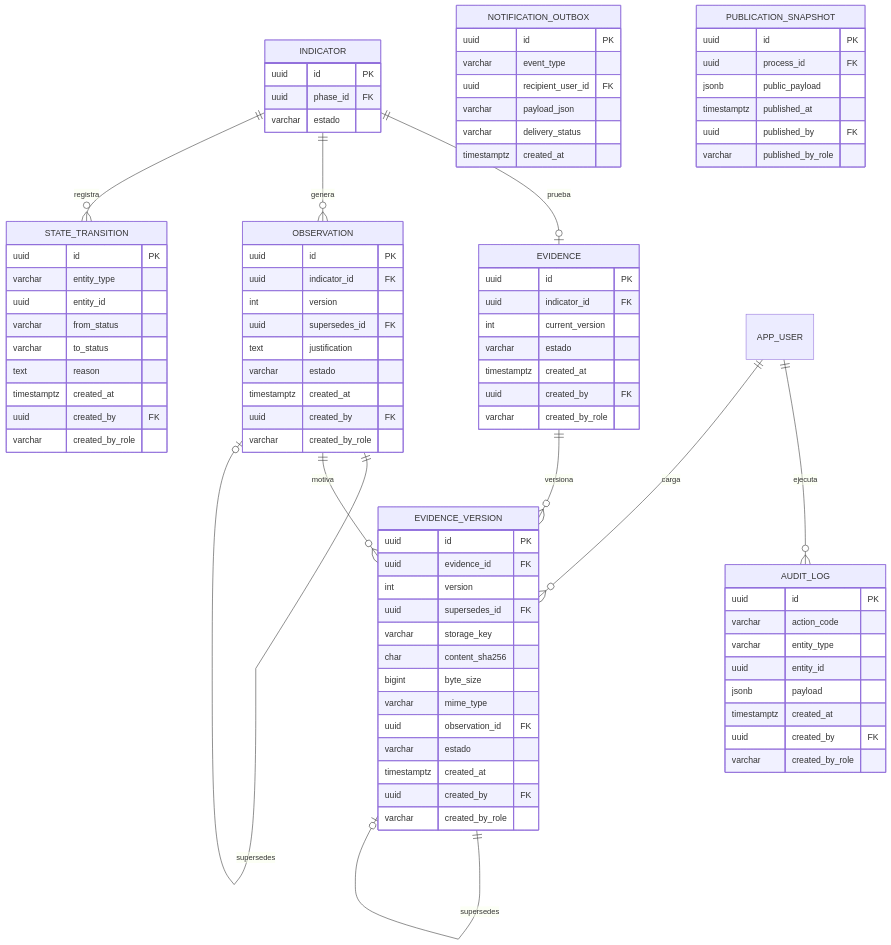
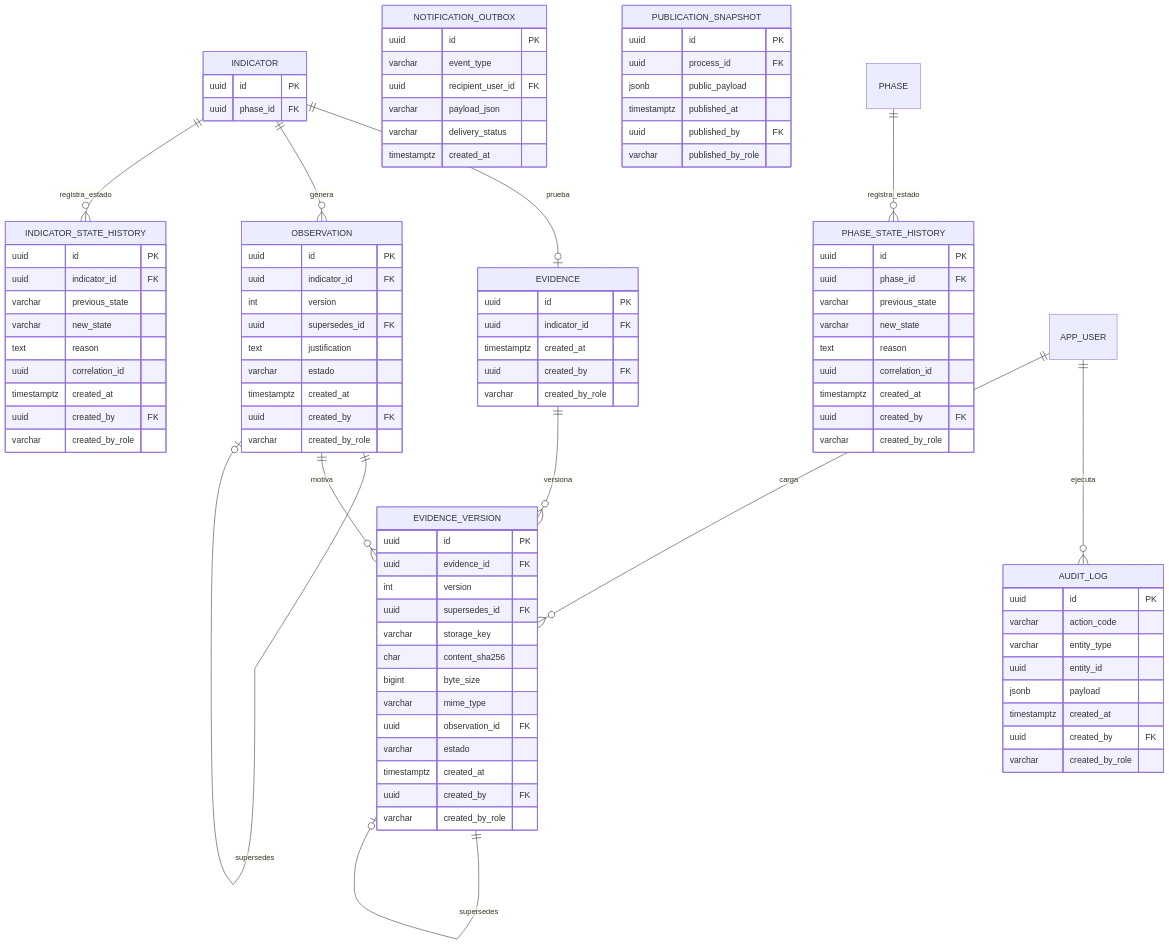
One commit to AcredIA-UMSS/sigesa-docs changed the second of 3 diagrams in docs/05_dti/modelo_datos.md. Above: the diagram before and after it, drawn with Mermaid. The commit also changed other lines of this file and 40 other files, not shown here.

First line of the commit message:
docs(dti): align SIGESA cloud architecture v1

````diff
--- a/docs/05_dti/modelo_datos.md
+++ b/docs/05_dti/modelo_datos.md
@@ -200,13 +199,10 @@
   INDICATOR {
     uuid id PK
     uuid phase_id FK
-    varchar estado
   }
   EVIDENCE {
     uuid id PK
     uuid indicator_id FK
-    int current_version
-    varchar estado
     timestamptz created_at
     uuid created_by FK
     varchar created_by_role
@@ -237,13 +233,24 @@
     uuid created_by FK
     varchar created_by_role
   }
-  STATE_TRANSITION {
+  INDICATOR_STATE_HISTORY {
     uuid id PK
-    varchar entity_type
-    uuid entity_id
-    varchar from_status
-    varchar to_status
+    uuid indicator_id FK
+    varchar previous_state
+    varchar new_state
     text reason
+    uuid correlation_id
+    timestamptz created_at
+    uuid created_by FK
+    varchar created_by_role
+  }
+  PHASE_STATE_HISTORY {
+    uuid id PK
+    uuid phase_id FK
+    varchar previous_state
+    varchar new_state
+    text reason
+    uuid correlation_id
     timestamptz created_at
     uuid created_by FK
     varchar created_by_role
@@ -281,7 +288,8 @@
   INDICATOR ||--o{ OBSERVATION : genera
   OBSERVATION ||--o| OBSERVATION : supersedes
   OBSERVATION ||--o{ EVIDENCE_VERSION : motiva
-  INDICATOR ||--o{ STATE_TRANSITION : registra
+  INDICATOR ||--o{ INDICATOR_STATE_HISTORY : registra_estado
+  PHASE ||--o{ PHASE_STATE_HISTORY : registra_estado
   APP_USER ||--o{ AUDIT_LOG : ejecuta
   APP_USER ||--o{ EVIDENCE_VERSION : carga
 ```
````
